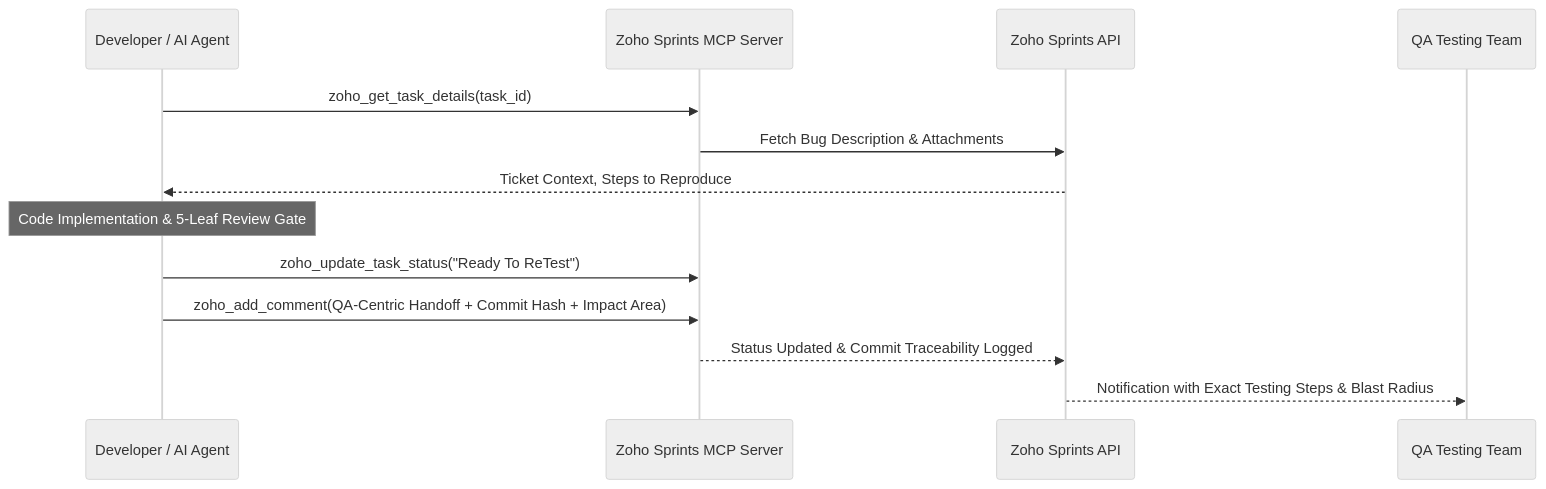
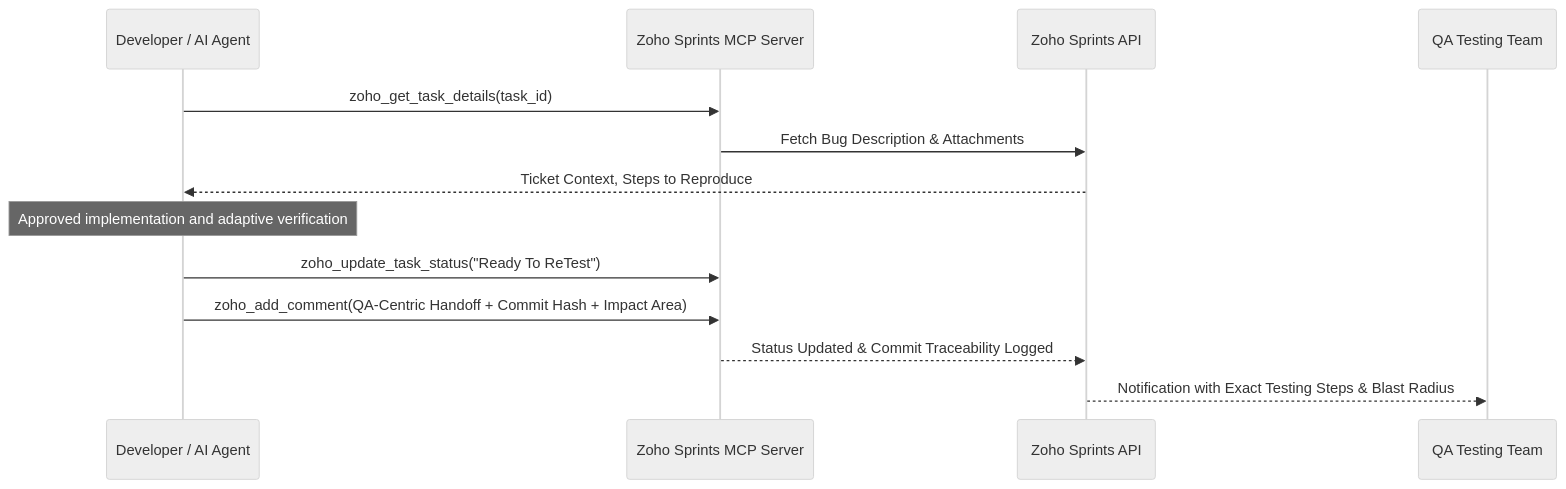
One commit to rabee-elkholy/android-agent-harness changed the diagram in docs/workflows/pm-integrations.md. Above: the diagram before and after it, drawn with Mermaid (neutral theme). The commit also changed 129 other files, not shown here.

Commit message:
Rebuild harness around approval-first v1 architecture

````diff
--- a/docs/workflows/pm-integrations.md
+++ b/docs/workflows/pm-integrations.md
@@ -13,16 +13,16 @@
 ```mermaid
 sequenceDiagram
     participant Dev as Developer / AI Agent
     participant MCP as Zoho Sprints MCP Server
     participant Zoho as Zoho Sprints API
     participant QA as QA Testing Team
 
     Dev->>MCP: zoho_get_task_details(task_id)
     MCP->>Zoho: Fetch Bug Description & Attachments
     Zoho-->>Dev: Ticket Context, Steps to Reproduce
-    Note over Dev: Code Implementation & 5-Leaf Review Gate
+    Note over Dev: Approved implementation and adaptive verification
     Dev->>MCP: zoho_update_task_status("Ready To ReTest")
     Dev->>MCP: zoho_add_comment(QA-Centric Handoff + Commit Hash + Impact Area)
     MCP-->>Zoho: Status Updated & Commit Traceability Logged
     Zoho-->>QA: Notification with Exact Testing Steps & Blast Radius
 ```
````
